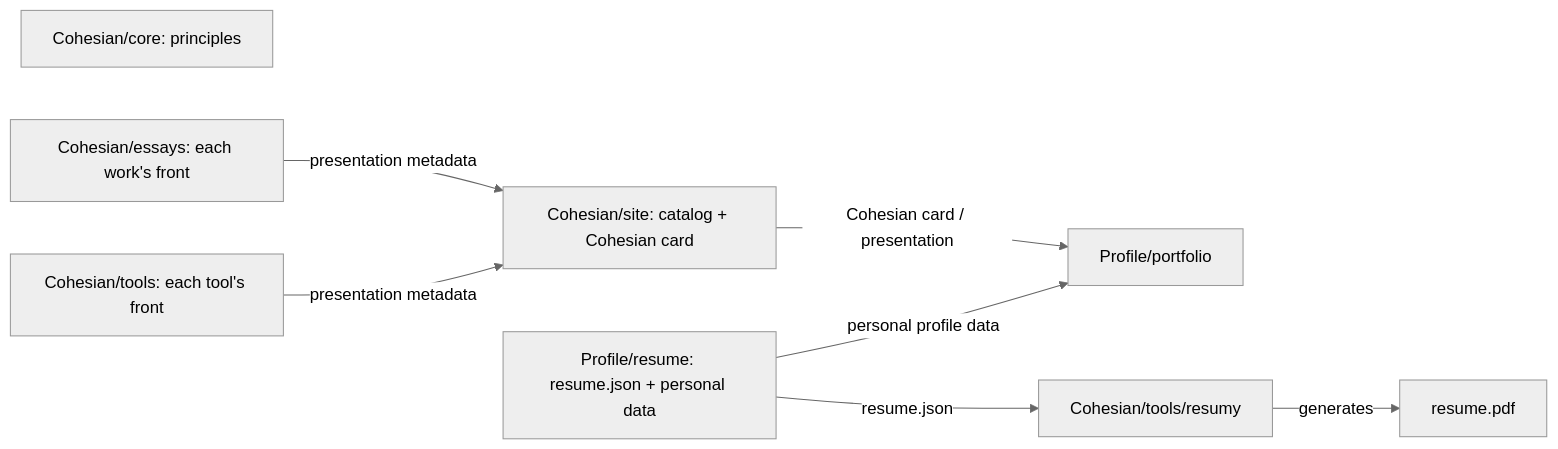
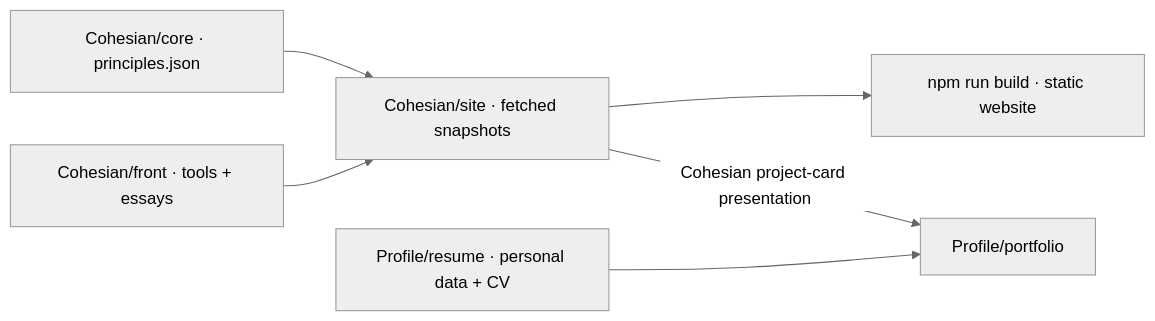
The diagram in ARCHITECTURE.md (lucas-masiero/workspace), drawn with Mermaid (neutral theme) before and after one commit. The commit also changed other lines of this file and 3 other files, not shown here.

Commit message:
Index Cohesian architecture and central presentation catalog

````diff
--- a/ARCHITECTURE.md
+++ b/ARCHITECTURE.md
@@ -98,18 +55,8 @@
 ```mermaid
 flowchart LR
-  Principles["Cohesian/core: principles"]
-  Essays["Cohesian/essays: each work's front"]
-  Tools["Cohesian/tools: each tool's front"]
-  CohSite["Cohesian/site: catalog + Cohesian card"]
-  Resume["Profile/resume: resume.json + personal data"]
-  Resumy["Cohesian/tools/resumy"]
-  PDF["resume.pdf"]
-  Portfolio["Profile/portfolio"]
-
-  Essays -->|presentation metadata| CohSite
-  Tools -->|presentation metadata| CohSite
-  CohSite -->|Cohesian card / presentation| Portfolio
-  Resume -->|personal profile data| Portfolio
-  Resume -->|resume.json| Resumy
-  Resumy -->|generates| PDF
+  Core["Cohesian/core · principles.json"] --> Site["Cohesian/site · fetched snapshots"]
+  Front["Cohesian/front · tools + essays"] --> Site
+  Site --> Build["npm run build · static website"]
+  Resume["Profile/resume · personal data + CV"] --> Portfolio["Profile/portfolio"]
+  Site -->|"Cohesian project-card presentation"| Portfolio
 ```
````
